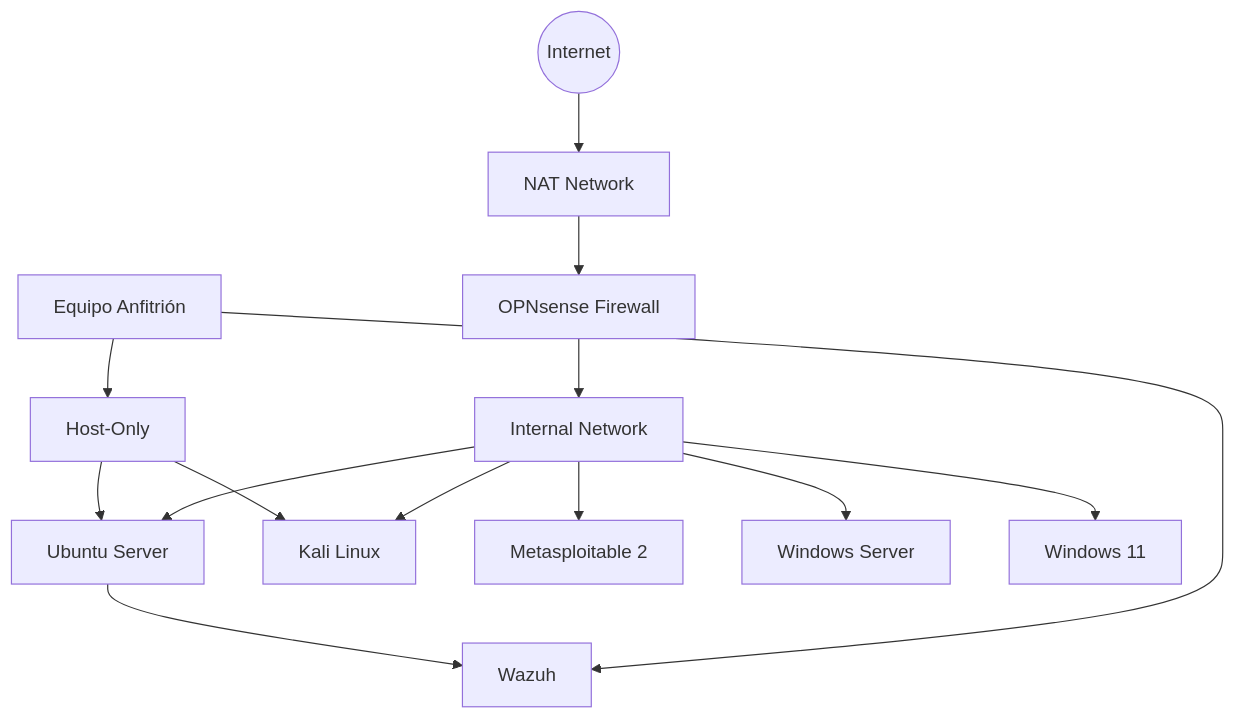
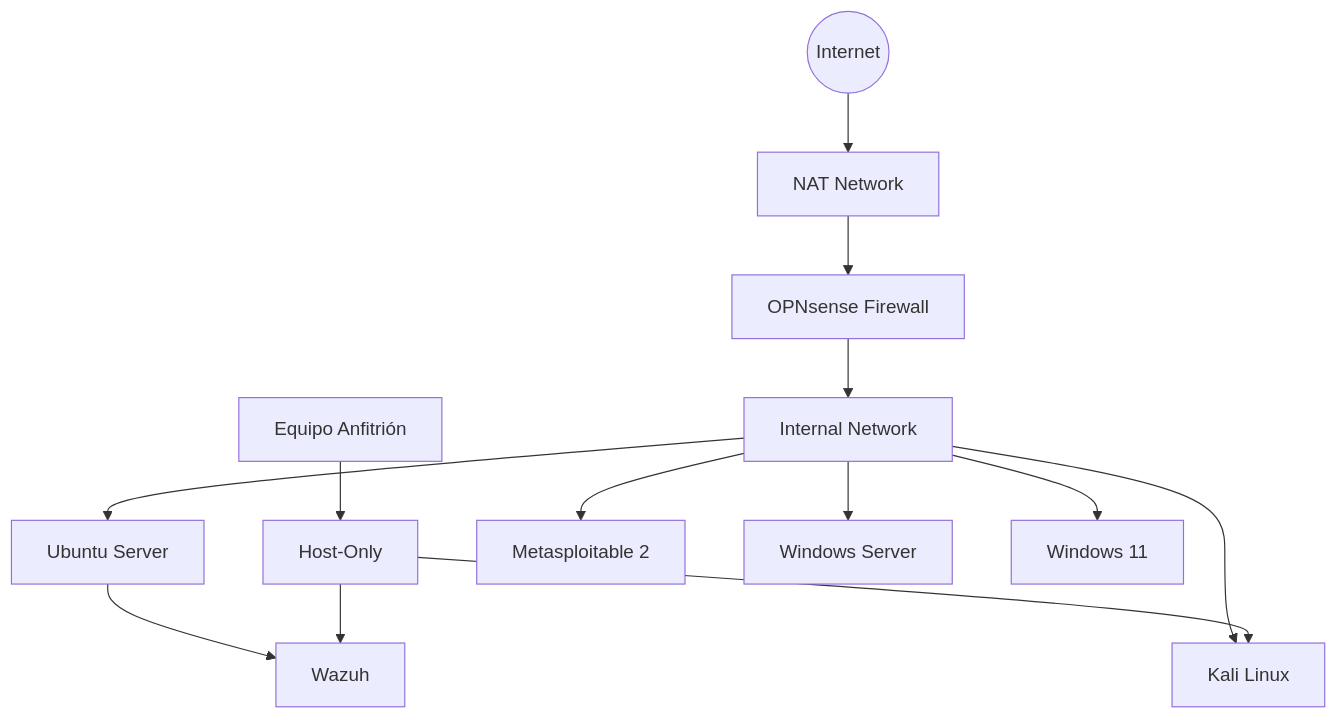
Before and after one commit to Nirus07/home-lab: the diagram in README.md, drawn with Mermaid.

Commit message:
Add Host-Only connection to Wazuh in README
Updated network diagram in README to include Host-Only connection to Wazuh.

````diff
--- a/README.md
+++ b/README.md
@@ -7,22 +7,21 @@
 ```mermaid
 flowchart TD
     A((Internet)) --> L[NAT Network]
     L --> B[OPNsense Firewall]
     B --> C[Internal Network]
 
 
     M[Equipo Anfitrión] --> E[Host-Only]
-    M[Equipo Anfitrión] --> K[Wazuh]
     
 
     C --> F[Ubuntu Server]
-    E --> F[Ubuntu Server]
     C --> G[Kali Linux]
     E --> G[Kali Linux]
     C --> H[Metasploitable 2]
     C --> I[Windows Server]
     C --> J[Windows 11]
 
     F --> K[Wazuh]
+    E --> K[Wazuh]
     
 ```
````
